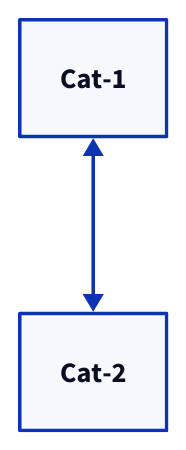
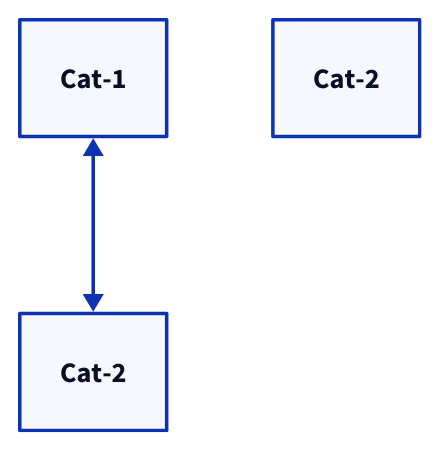
The diagram in samples/sample3.d2 (CalvoM/d2-lsp), drawn with D2 before and after one commit. The commit also changed 2 other files, not shown here.

```diff
--- a/samples/sample3.d2
+++ b/samples/sample3.d2
@@ -1,8 +1,12 @@
 vars: {
   server-name: Cat
+  server-name2: Cat
+  server-name3: Cat
+  server-name4: Cat
 }
 
 server1: ${server-name}-1
-server2: ${server-name}-2
+server2: ${server-name2}-2
+server3: ${server-name3}-2
 
 server1 <-> server2
```
